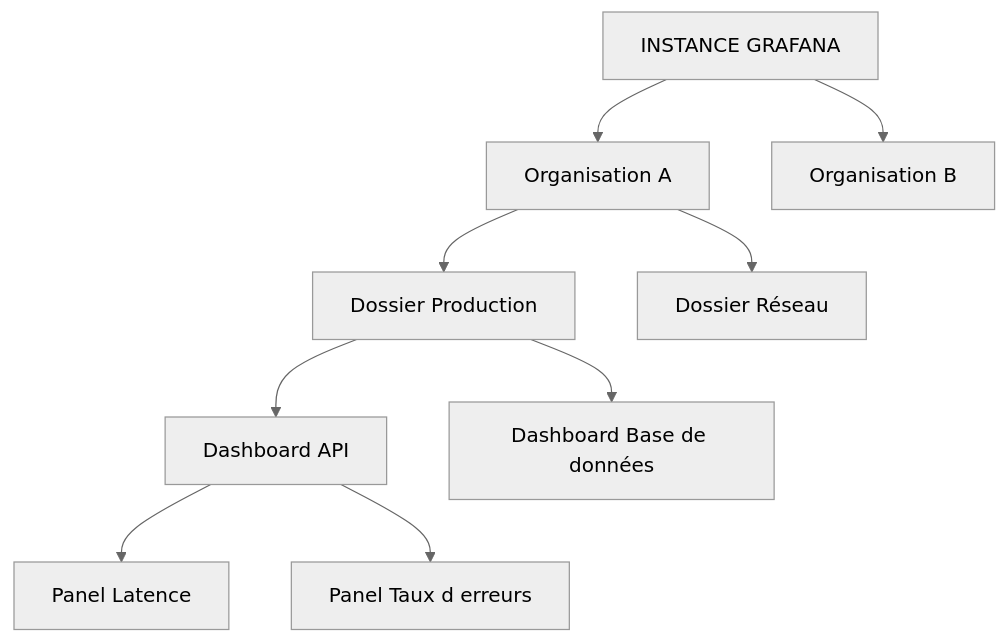
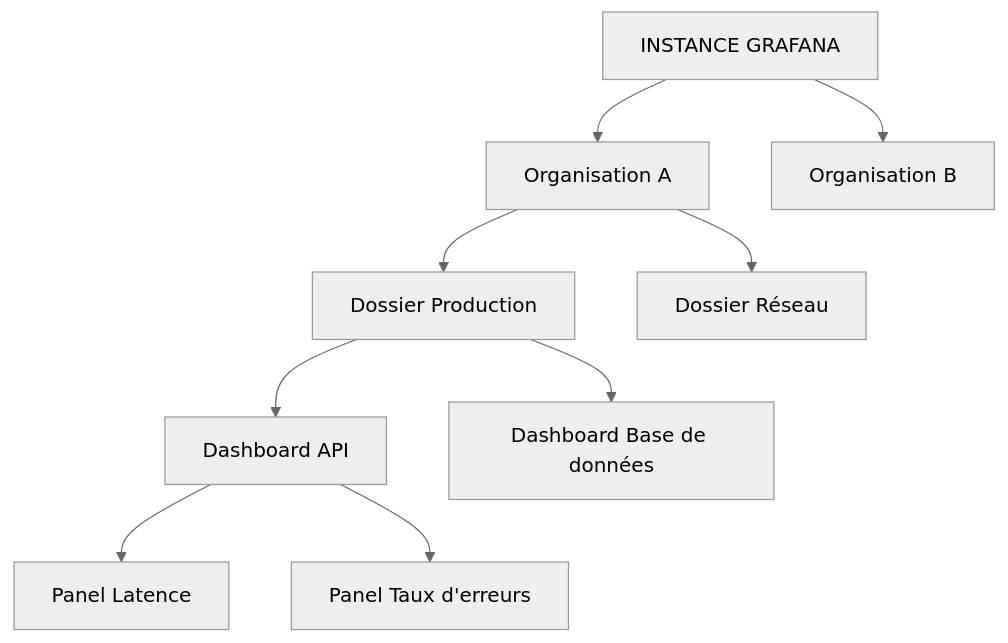
The diagram in courses/grafana/04_interface_navigation.md (Gooseppr/GevOps_LC), drawn with Mermaid (neutral theme) before and after one commit. The commit also changed 56 other files, not shown here.

````diff
--- a/courses/grafana/04_interface_navigation.md
+++ b/courses/grafana/04_interface_navigation.md
@@ -70,11 +70,11 @@
 ```mermaid
 flowchart TD
     I[INSTANCE GRAFANA] --> O1[Organisation A]
     I --> O2[Organisation B]
     O1 --> F1[Dossier Production]
     O1 --> F2[Dossier Réseau]
     F1 --> D1[Dashboard API]
     F1 --> D2[Dashboard Base de données]
     D1 --> P1[Panel Latence]
-    D1 --> P2[Panel Taux d erreurs]
+    D1 --> P2[Panel Taux d'erreurs]
 ```
````
